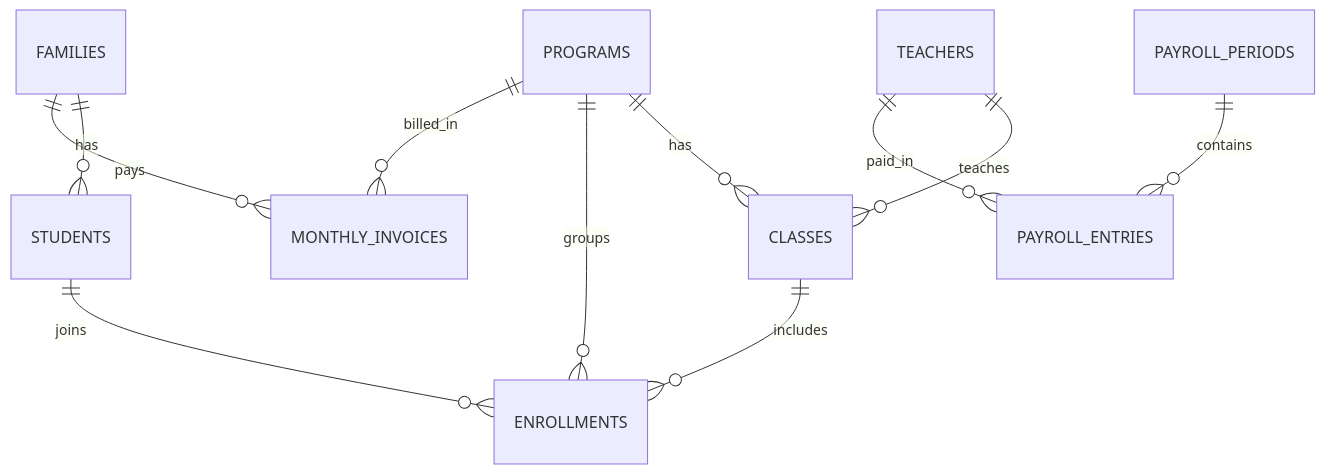
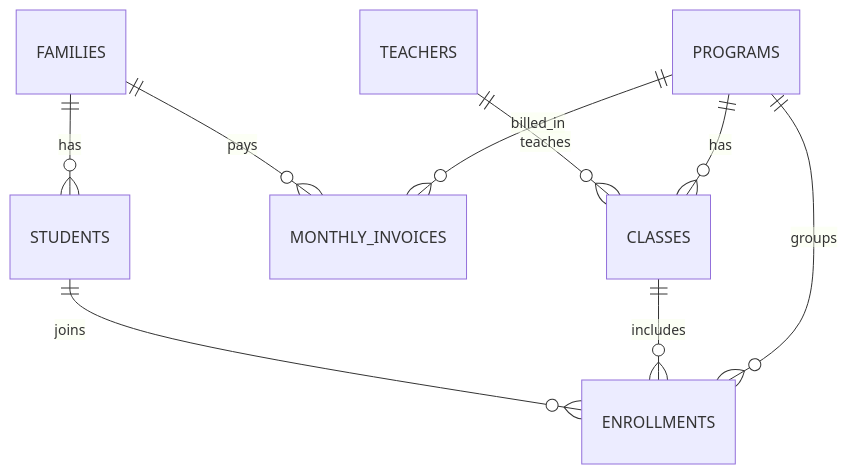
The diagram in docs/DATA_MODEL.md (masjidnasrullahatl/nasrullah-academy), drawn with Mermaid before and after one commit. The commit also changed other lines of this file and 2 other files, not shown here.

````diff
--- a/docs/DATA_MODEL.md
+++ b/docs/DATA_MODEL.md
@@ -7,17 +7,14 @@
 ```mermaid
 erDiagram
   PROGRAMS ||--o{ CLASSES : has
   PROGRAMS ||--o{ ENROLLMENTS : groups
   PROGRAMS ||--o{ MONTHLY_INVOICES : billed_in
 
   FAMILIES ||--o{ STUDENTS : has
   FAMILIES ||--o{ MONTHLY_INVOICES : pays
 
   TEACHERS ||--o{ CLASSES : teaches
-  TEACHERS ||--o{ PAYROLL_ENTRIES : paid_in
 
   CLASSES ||--o{ ENROLLMENTS : includes
   STUDENTS ||--o{ ENROLLMENTS : joins
-
-  PAYROLL_PERIODS ||--o{ PAYROLL_ENTRIES : contains
 ```
````
